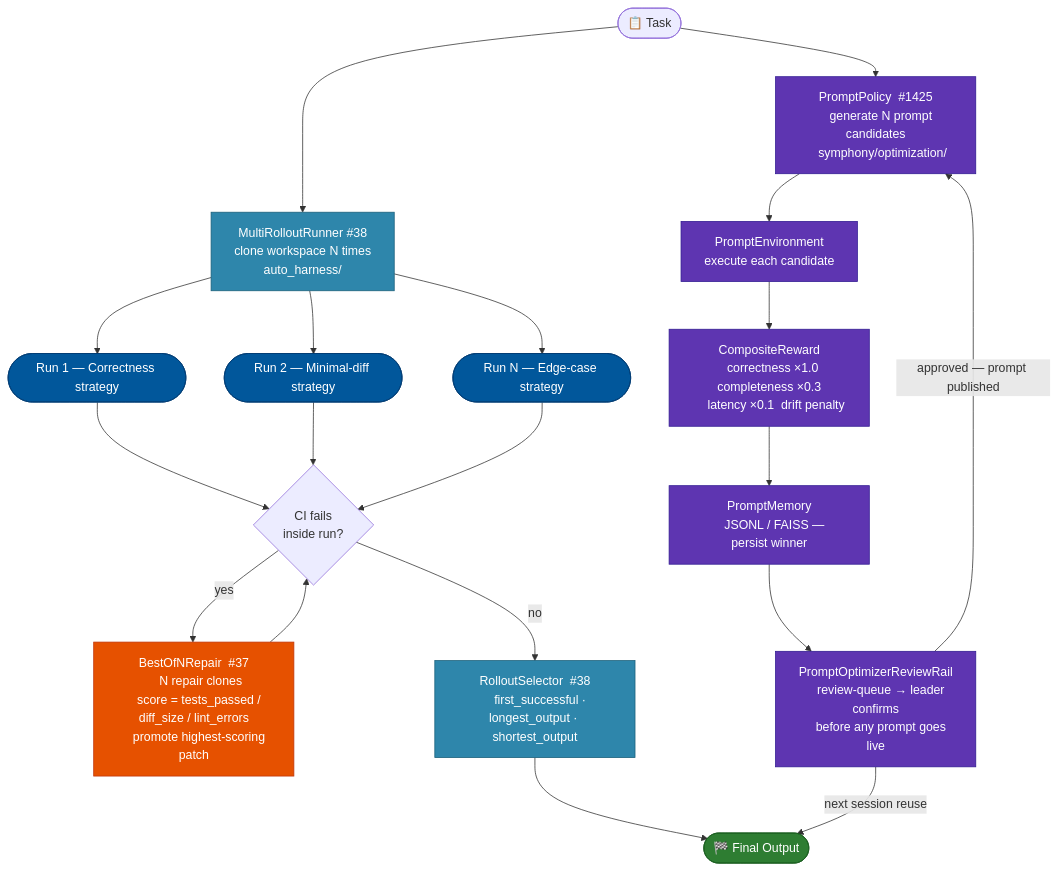
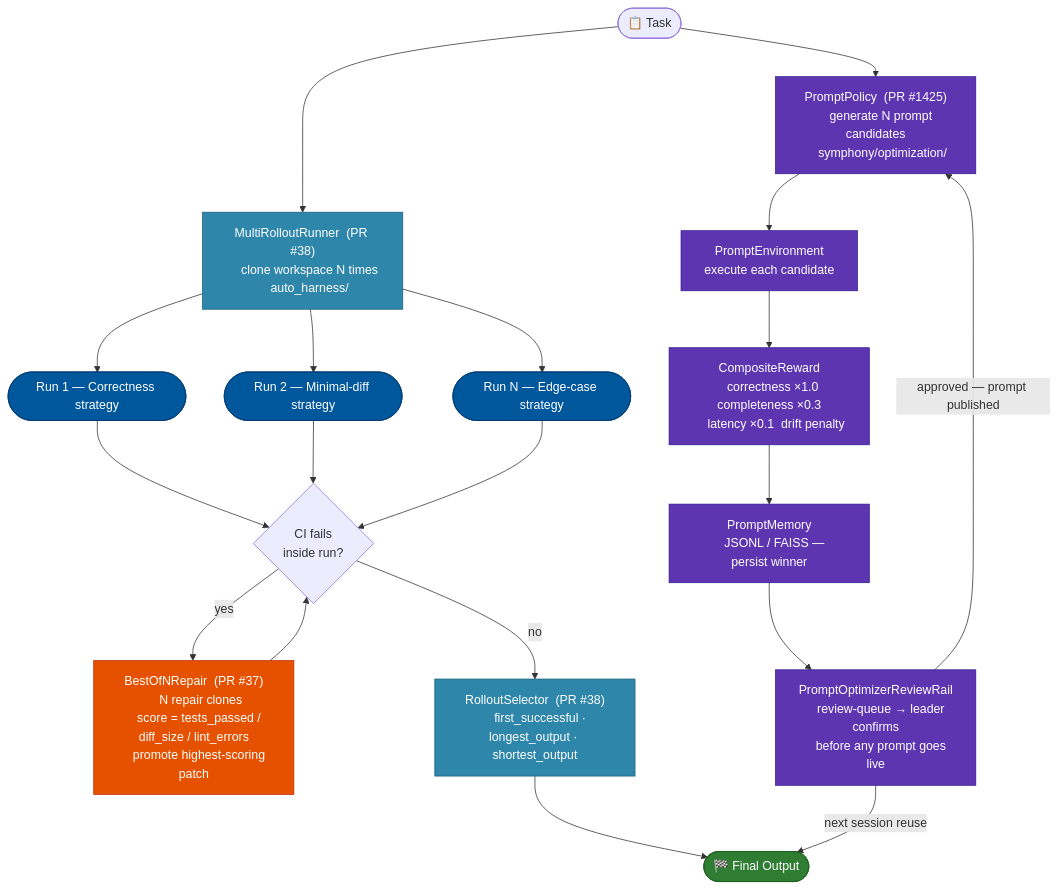
Before and after one commit to michaelatamuk/openjiuwen-jiuwenswarm: the second of 8 diagrams in docs-michael/Implementation.Overview.md, drawn with Mermaid. The commit also changed other lines of this file, not shown here.

````diff
--- a/docs-michael/Implementation.Overview.md
+++ b/docs-michael/Implementation.Overview.md
@@ -286,46 +286,46 @@
 ```mermaid
 flowchart TD
     classDef ac     fill:#2E86AB,color:#fff,stroke:#1a5f7a
     classDef opt    fill:#5E35B1,color:#fff,stroke:#311B92
     classDef run    fill:#01579B,color:#fff,stroke:#003c74
     classDef done   fill:#2E7D32,color:#fff,stroke:#1B5E20
     classDef repair fill:#E65100,color:#fff,stroke:#BF360C
 
     T(["📋 Task"])
 
-    T --> MR["MultiRolloutRunner  #38
+    T --> MR["MultiRolloutRunner  (PR #38)
     clone workspace N times
     auto_harness/"]:::ac
 
     MR --> R1(["Run 1 — Correctness strategy"]):::run
     MR --> R2(["Run 2 — Minimal-diff strategy"]):::run
     MR --> RN(["Run N — Edge-case strategy"]):::run
 
     R1 & R2 & RN --> CI{CI fails\ninside run?}
 
-    CI -->|yes| BON["BestOfNRepair  #37
+    CI -->|yes| BON["BestOfNRepair  (PR #37)
     N repair clones
     score = tests_passed / diff_size / lint_errors
     promote highest-scoring patch"]:::repair
     BON --> CI
 
-    CI -->|no| SEL["RolloutSelector  #38
+    CI -->|no| SEL["RolloutSelector  (PR #38)
     first_successful · longest_output · shortest_output"]:::ac
     SEL --> OUT(["🏁 Final Output"]):::done
 
-    T --> PP["PromptPolicy  #1425
+    T --> PP["PromptPolicy  (PR #1425)
     generate N prompt candidates
     symphony/optimization/"]:::opt
     PP --> PE["PromptEnvironment
     execute each candidate"]:::opt
     PE --> CR["CompositeReward
     correctness ×1.0  completeness ×0.3
     latency ×0.1  drift penalty"]:::opt
     CR --> PM["PromptMemory
     JSONL / FAISS — persist winner"]:::opt
     PM --> RQ["PromptOptimizerReviewRail
     review-queue → leader confirms
     before any prompt goes live"]:::opt
     RQ -->|"approved — prompt published"| PP
     RQ -->|"next session reuse"| OUT
 ```
````
